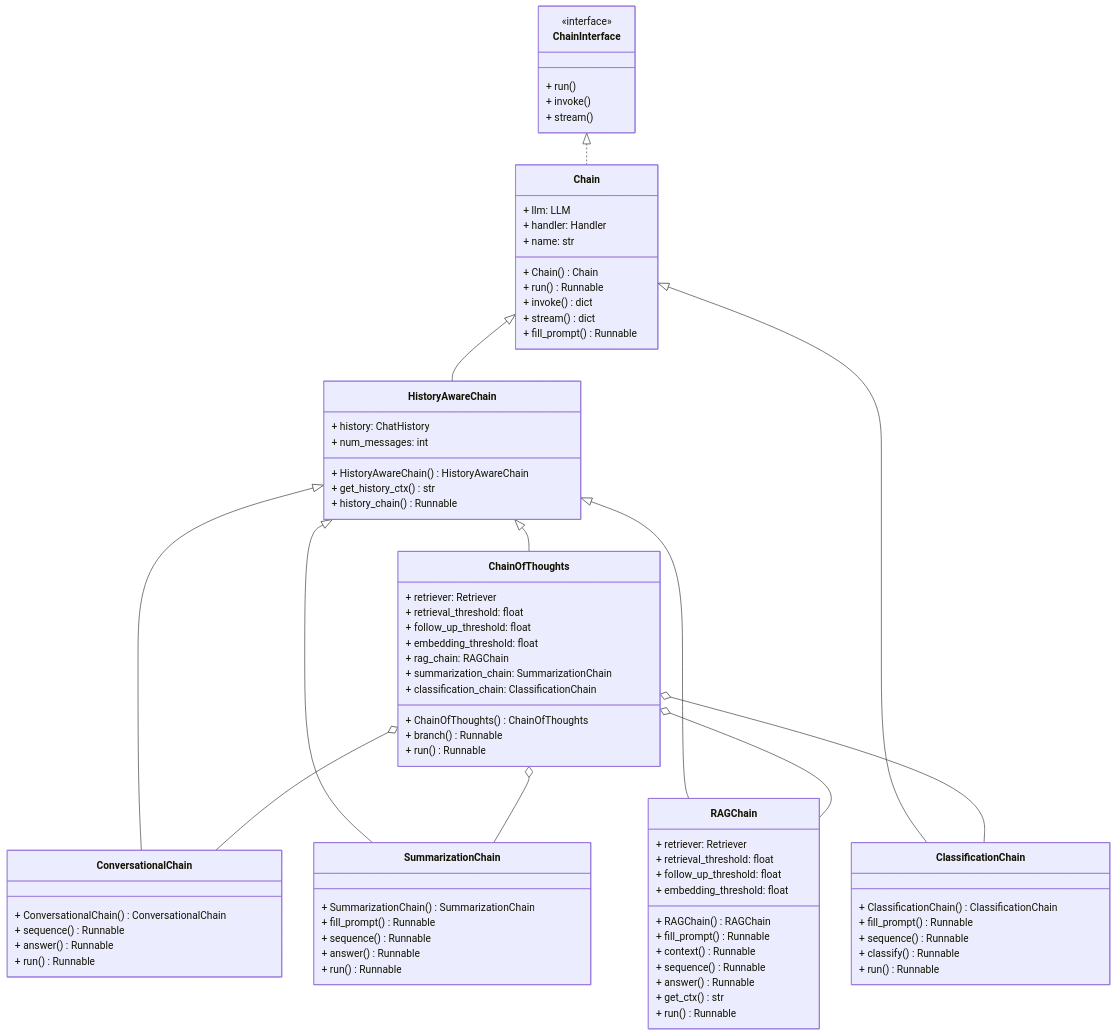
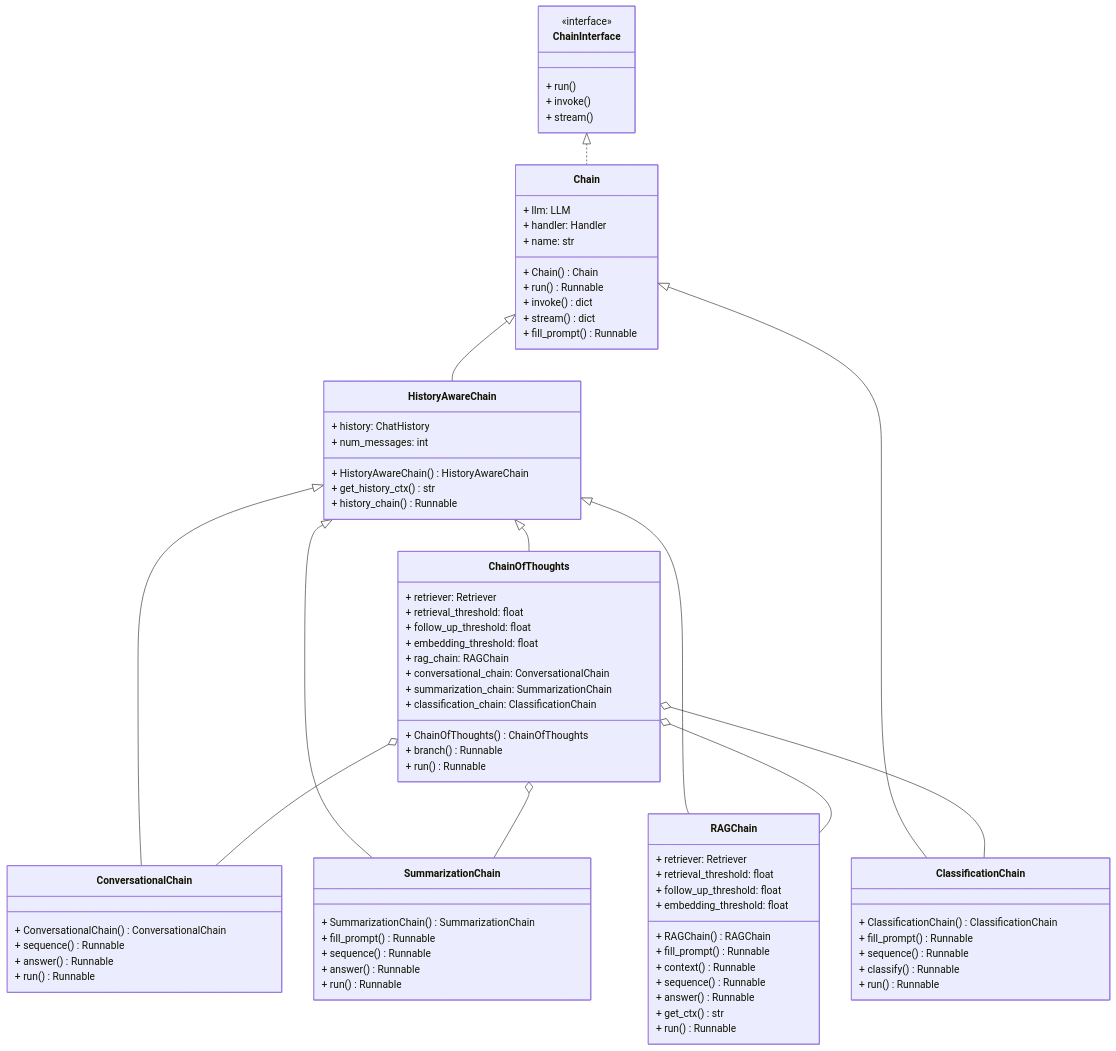
The diagram in README.md (GiuseppeBellamacina/OmniBot), drawn with Mermaid before and after one commit. The commit also changed 1 other file, not shown here.

Commit message:
Added ConversationalChain in md

```diff
--- a/README.md
+++ b/README.md
@@ -91,6 +91,7 @@
         + follow_up_threshold: float
         + embedding_threshold: float
         + rag_chain: RAGChain
+        + conversational_chain: ConversationalChain
         + summarization_chain: SummarizationChain
         + classification_chain: ClassificationChain
 
```
